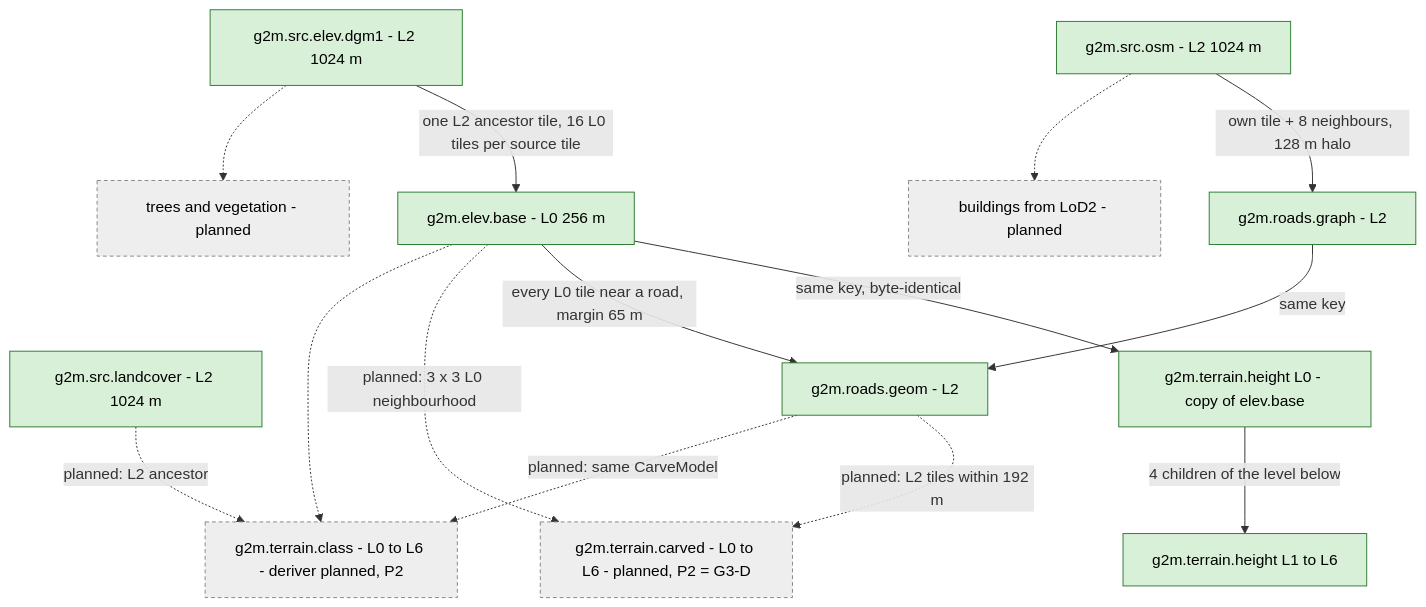
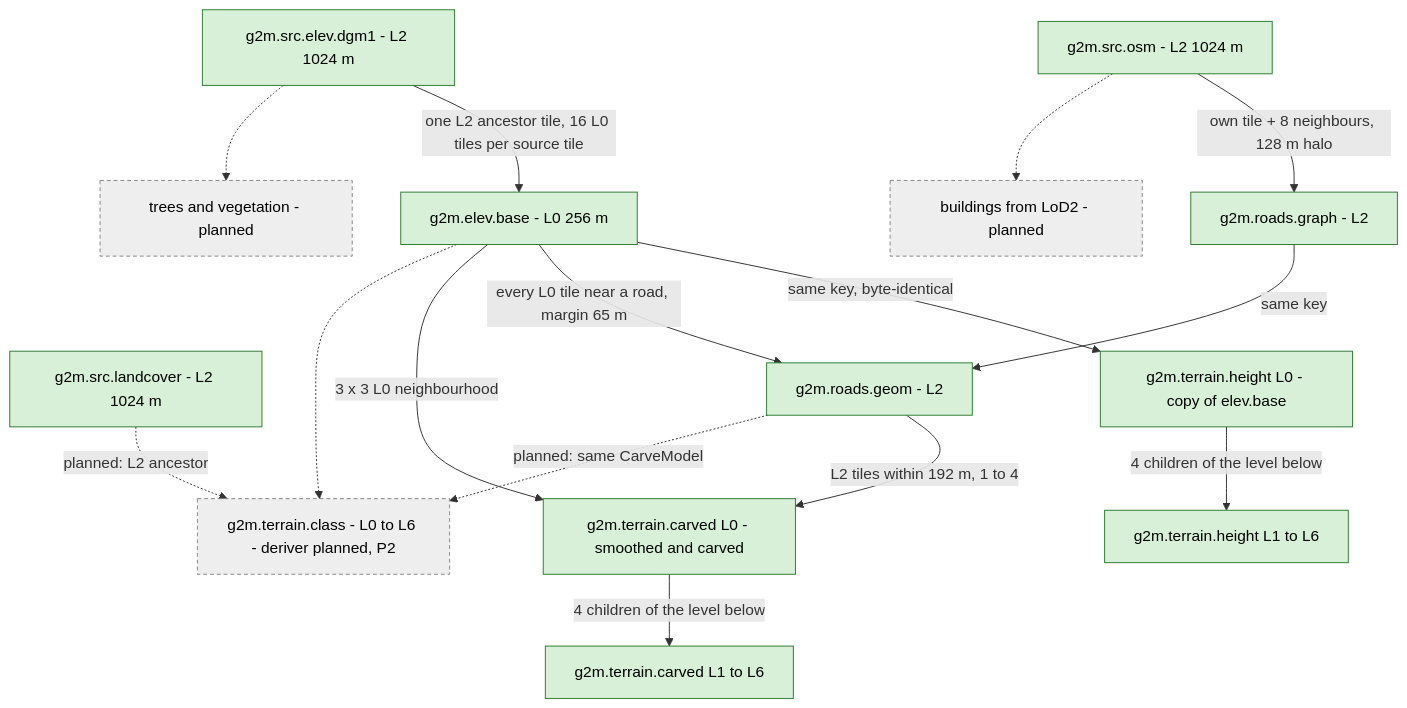
Before and after one commit to SebastianDanielFrenz/geo2map_engine: the second of 4 diagrams in docs/pipeline/README.md, drawn with Mermaid. The commit also changed other lines of this file and 23 other files, not shown here.

First line of the commit message:
P2 slice 9: g2m.terrain.carved L0-L6 (opt-in carved terrain layer)

````diff
--- a/docs/pipeline/README.md
+++ b/docs/pipeline/README.md
@@ -146,34 +160,36 @@
 ```mermaid
 flowchart TD
   OSM["g2m.src.osm - L2 1024 m"]
   DEM["g2m.src.elev.dgm1 - L2 1024 m"]
   LC["g2m.src.landcover - L2 1024 m"]
   EB["g2m.elev.base - L0 256 m"]
   H0["g2m.terrain.height L0 - copy of elev.base"]
   H1["g2m.terrain.height L1 to L6"]
   RG["g2m.roads.graph - L2"]
   RM["g2m.roads.geom - L2"]
   TC["g2m.terrain.class - L0 to L6 - deriver planned, P2"]
-  CARVE["g2m.terrain.carved - L0 to L6 - planned, P2 = G3-D"]
+  CARVE["g2m.terrain.carved L0 - smoothed and carved"]
+  CARVE1["g2m.terrain.carved L1 to L6"]
   BLD["buildings from LoD2 - planned"]
   TRE["trees and vegetation - planned"]
 
   DEM -->|"one L2 ancestor tile, 16 L0 tiles per source tile"| EB
   EB -->|"same key, byte-identical"| H0
   H0 -->|"4 children of the level below"| H1
   OSM -->|"own tile + 8 neighbours, 128 m halo"| RG
   RG -->|"same key"| RM
   EB -->|"every L0 tile near a road, margin 65 m"| RM
   LC -.->|"planned: L2 ancestor"| TC
-  RM -.->|"planned: L2 tiles within 192 m"| CARVE
-  EB -.->|"planned: 3 x 3 L0 neighbourhood"| CARVE
+  RM -->|"L2 tiles within 192 m, 1 to 4"| CARVE
+  EB -->|"3 x 3 L0 neighbourhood"| CARVE
+  CARVE -->|"4 children of the level below"| CARVE1
   RM -.->|"planned: same CarveModel"| TC
   EB -.-> TC
   OSM -.-> BLD
   DEM -.-> TRE
 
   classDef done fill:#d8f0d8,stroke:#2e7d32,color:#000;
   classDef plan fill:#eeeeee,stroke:#888888,stroke-dasharray:4 3,color:#000;
-  class OSM,DEM,LC,EB,H0,H1,RG,RM done;
-  class TC,CARVE,BLD,TRE plan;
+  class OSM,DEM,LC,EB,H0,H1,RG,RM,CARVE,CARVE1 done;
+  class TC,BLD,TRE plan;
 ```
````
